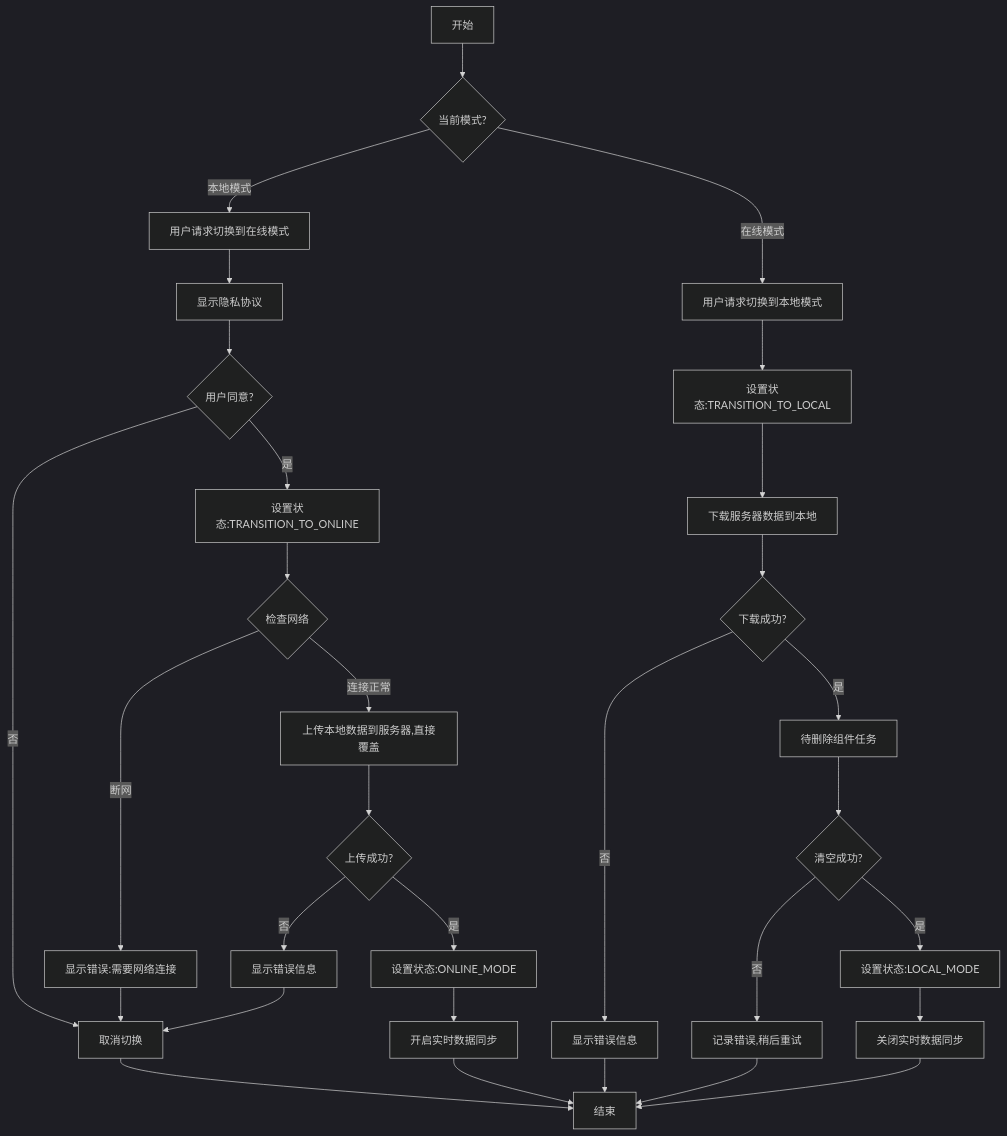
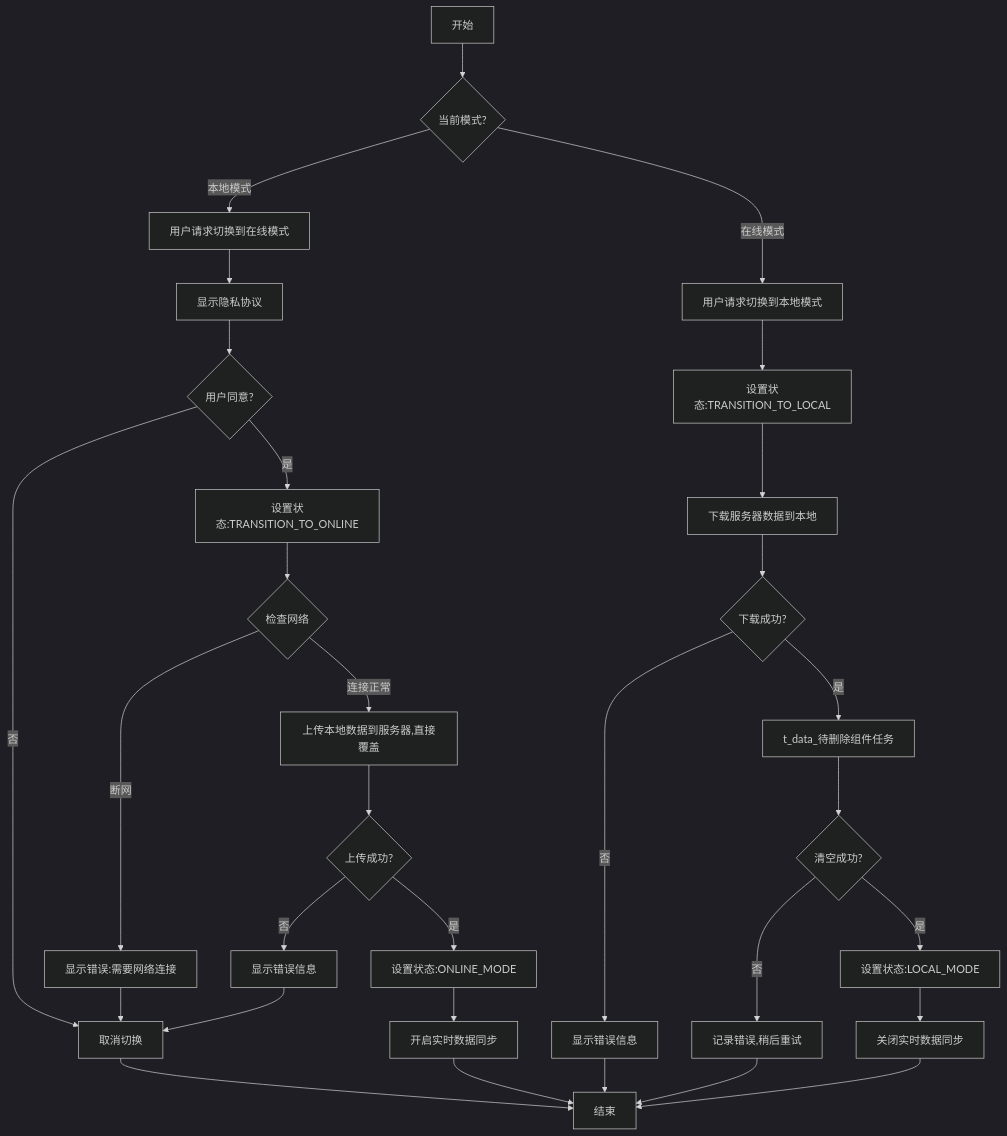
One commit to yingjianzh/iodraw-files changed the diagram in all/未命名-50.md. Above: the diagram before and after it, drawn with Mermaid (dark theme).

Commit message:
2025-05-08 16:13:21 update

````diff
--- a/all/未命名-50.md
+++ b/all/未命名-50.md
@@ -1,37 +1,37 @@
 ```mermaid
 
 flowchart TD
     A[开始] --> B{当前模式?}
     
     B -->|本地模式| C[用户请求切换到在线模式]
     C --> F[显示隐私协议]
     F --> G{用户同意?}
     G -->|否| H[取消切换]
     H --> Z[结束]
     G -->|是| I[设置状态:TRANSITION_TO_ONLINE]
     I --> J{检查网络}
     J -->|断网| K[显示错误:需要网络连接]
     K --> H
     J -->|连接正常| O[上传本地数据到服务器,直接覆盖]
     O --> P{上传成功?}
     P -->|否| Q[显示错误信息]
     Q --> H
     P -->|是| R[设置状态:ONLINE_MODE]
     R --> S[开启实时数据同步]
     S --> Z
     
     B -->|在线模式| T[用户请求切换到本地模式]
     T --> U[设置状态:TRANSITION_TO_LOCAL]
     U --> X[下载服务器数据到本地]
     X --> Y{下载成功?}
     Y -->|否| AA2[显示错误信息]
     AA2 --> Z
-    Y -->|是| AB2[待删除组件任务]
+    Y -->|是| AB2[t_data_待删除组件任务]
     AB2 --> AC2{清空成功?}
     AC2 -->|否| AD2[记录错误,稍后重试]
     AD2 --> Z
     AC2 -->|是| AE[设置状态:LOCAL_MODE]
     AE --> AF[关闭实时数据同步]
     AF --> Z
 
 ```
````
